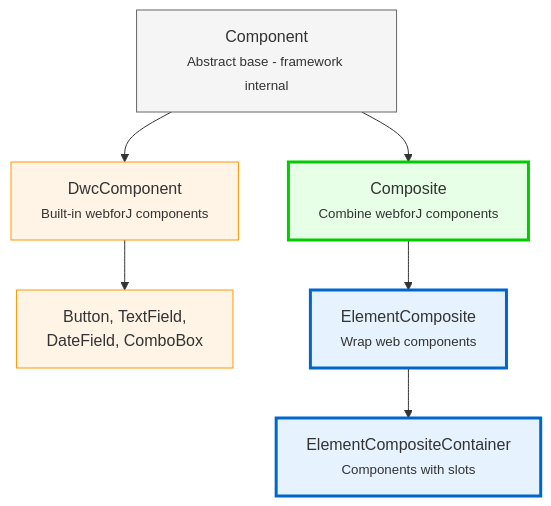
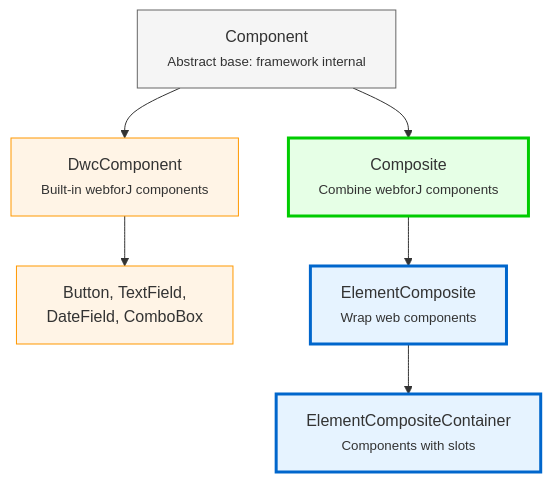
The diagram in docs/docs/building-ui/component-fundamentals.md (webforj/webforj-documentation), drawn with Mermaid before and after one commit.

Commit message:
chore: minor punctuation change

````diff
--- a/docs/docs/building-ui/component-fundamentals.md
+++ b/docs/docs/building-ui/component-fundamentals.md
@@ -52,22 +52,22 @@
 ```mermaid
 graph TD
-    A[Component<br/><small>Abstract base - framework internal</small>]
+    A[Component<br/><small>Abstract base: framework internal</small>]
     
     A --> B[DwcComponent<br/><small>Built-in webforJ components</small>]
     A --> C[Composite<br/><small>Combine webforJ components</small>]
     
     B --> E[Button, TextField,<br/>DateField, ComboBox]
     
     C --> D[ElementComposite<br/><small>Wrap web components</small>]
     D --> F[ElementCompositeContainer<br/><small>Components with slots</small>]
     
     style A fill:#f5f5f5,stroke:#666
     style B fill:#fff4e6,stroke:#ff9800
     style C fill:#e6ffe6,stroke:#00cc00
     style D fill:#e6f3ff,stroke:#0066cc
     style E fill:#fff4e6,stroke:#ff9800
     style F fill:#e6f3ff,stroke:#0066cc
     
     classDef userClass stroke-width:3px
     class C,D,F userClass
 ```
````
